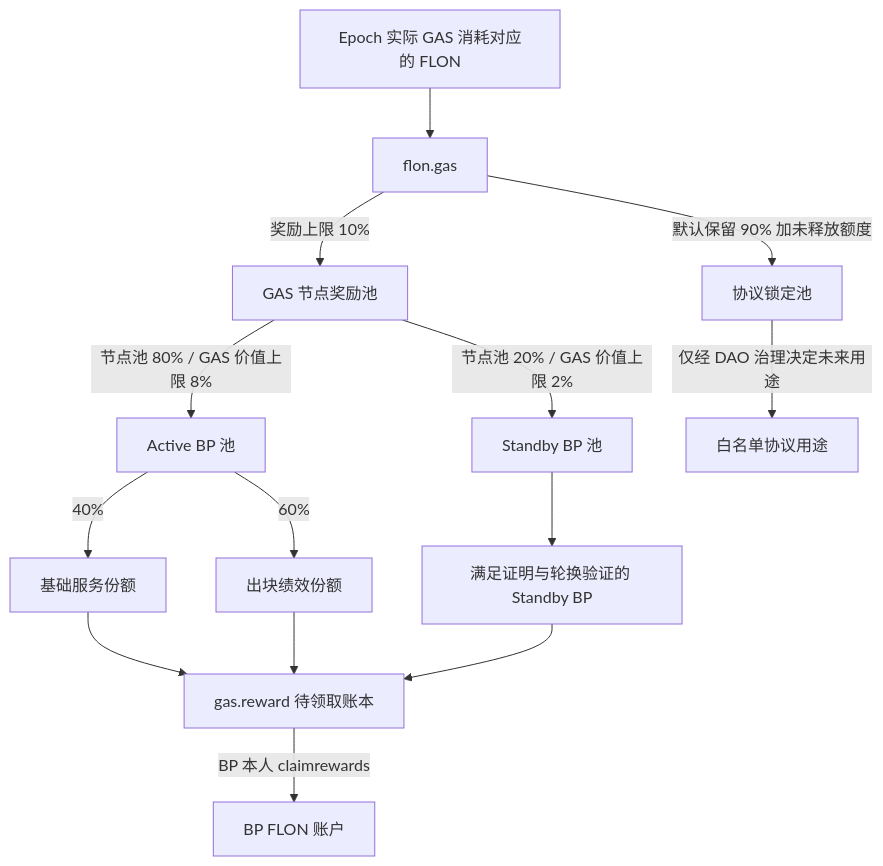
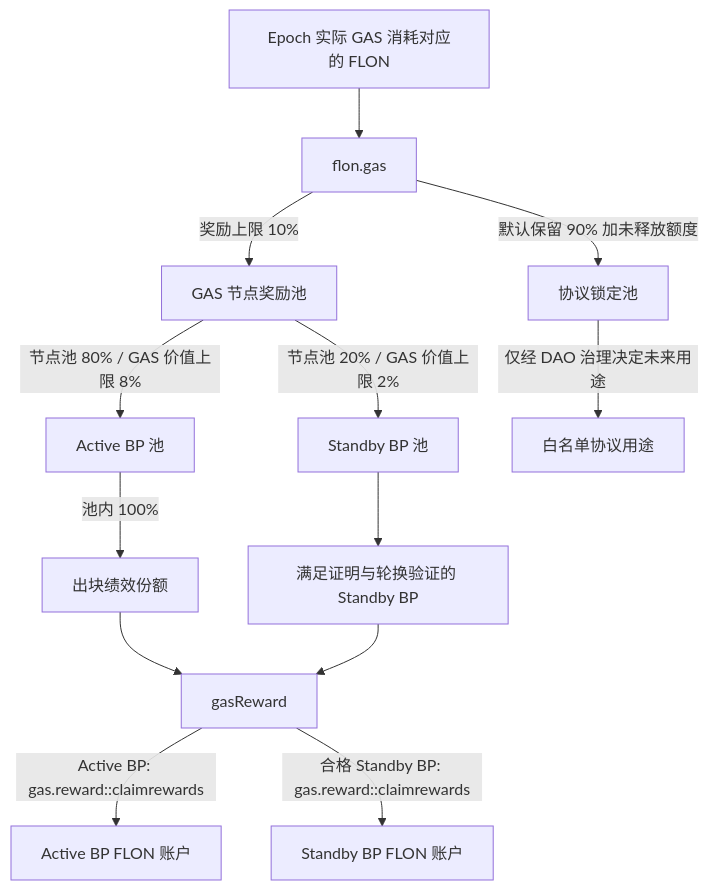
Before and after one commit to fullon-labs/flon-core: the diagram in docs/gas-node-reward-design.md, drawn with Mermaid. The commit also changed other lines of this file and 1 other file, not shown here.

Commit message:
docs: clarify Active and Standby reward claims

````diff
--- a/docs/gas-node-reward-design.md
+++ b/docs/gas-node-reward-design.md
@@ -109,16 +109,15 @@
 ```mermaid
 flowchart TD
     gasUse["Epoch 实际 GAS 消耗对应的 FLON"] --> gasVault["flon.gas"]
     gasVault -->|"默认保留 90% 加未释放额度"| lockedPool["协议锁定池"]
     gasVault -->|"奖励上限 10%"| nodePool["GAS 节点奖励池"]
     nodePool -->|"节点池 80% / GAS 价值上限 8%"| activePool["Active BP 池"]
     nodePool -->|"节点池 20% / GAS 价值上限 2%"| standbyPool["Standby BP 池"]
-    activePool -->|"40%"| basePool["基础服务份额"]
-    activePool -->|"60%"| performancePool["出块绩效份额"]
+    activePool -->|"池内 100%"| performancePool["出块绩效份额"]
     standbyPool --> standbyQualified["满足证明与轮换验证的 Standby BP"]
-    basePool --> gasReward["gas.reward 待领取账本"]
     performancePool --> gasReward
     standbyQualified --> gasReward
-    gasReward -->|"BP 本人 claimrewards"| bpWallet["BP FLON 账户"]
+    gasReward -->|"Active BP: gas.reward::claimrewards"| activeWallet["Active BP FLON 账户"]
+    gasReward -->|"合格 Standby BP: gas.reward::claimrewards"| standbyWallet["Standby BP FLON 账户"]
     lockedPool -->|"仅经 DAO 治理决定未来用途"| governedUse["白名单协议用途"]
 ```
````
